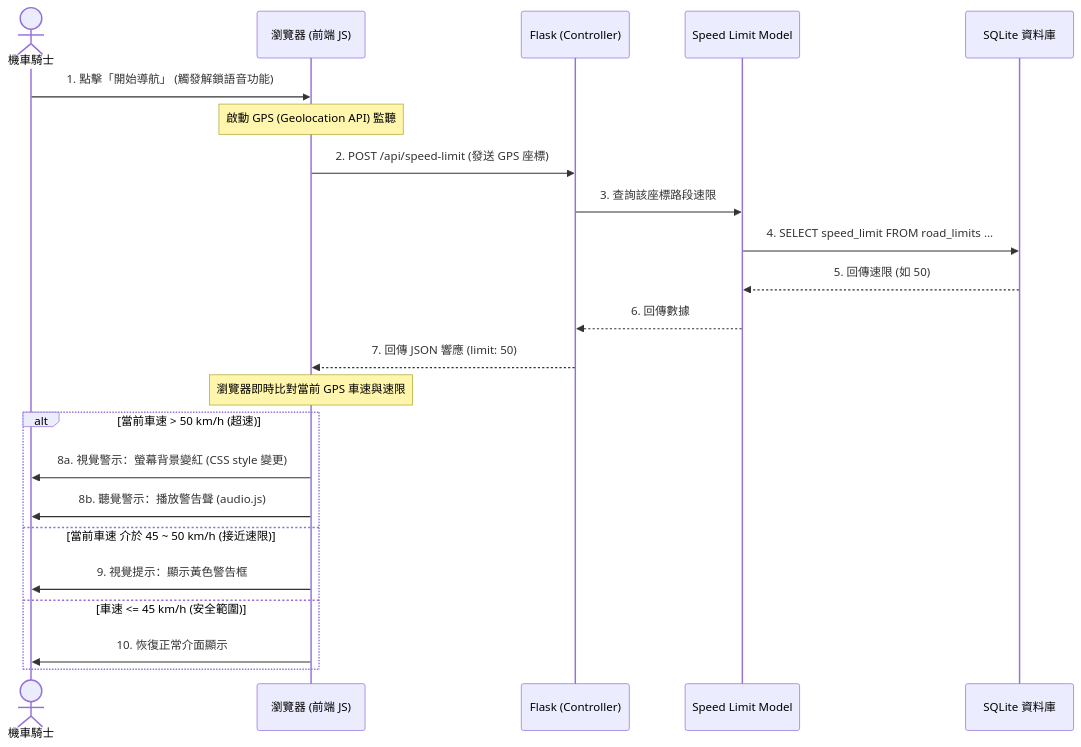
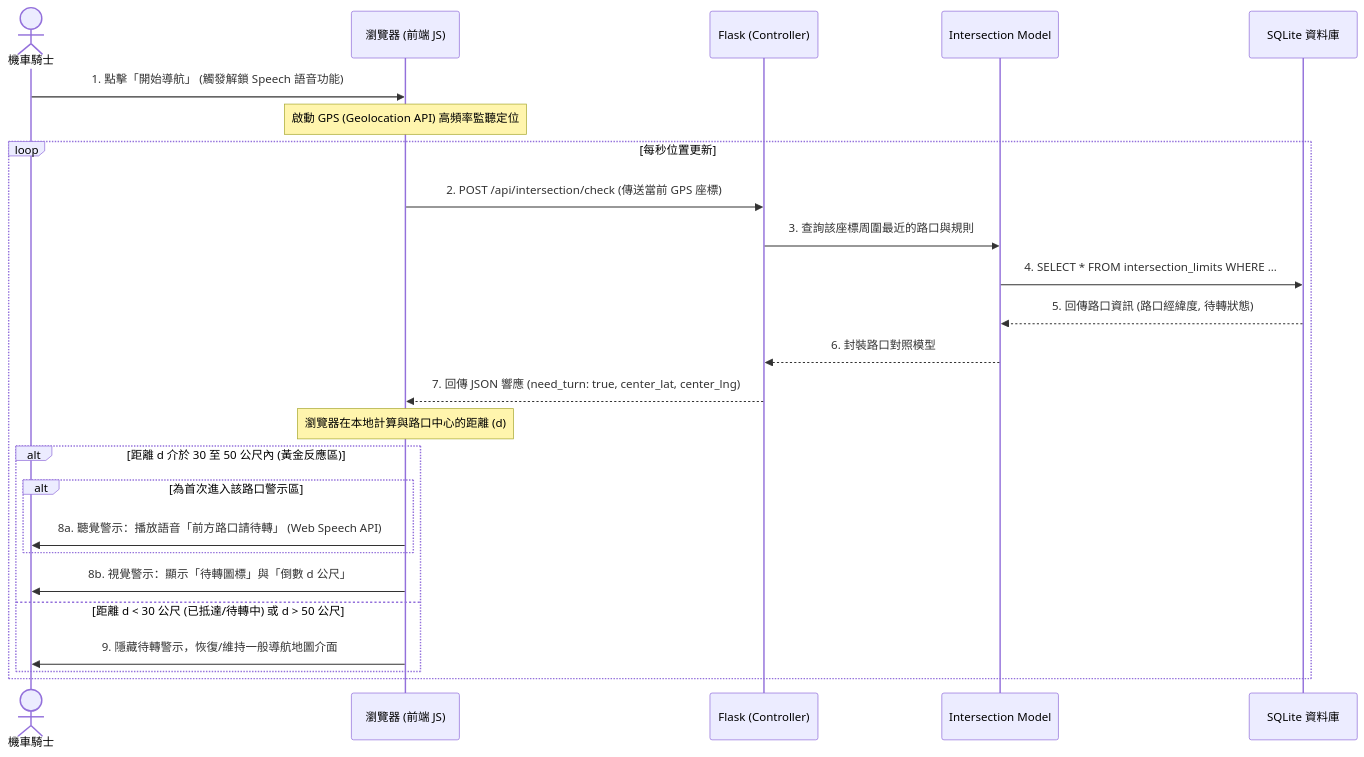
One commit to tela1111222-spec/googlemaps changed the second of 2 diagrams in docs/FLOWCHART.md. Above: the diagram before and after it, drawn with Mermaid. The commit also changed other lines of this file, not shown here.

Commit message:
docs: add user flowchart

````diff
--- a/docs/FLOWCHART.md
+++ b/docs/FLOWCHART.md
@@ -46,27 +49,31 @@
 ```mermaid
 sequenceDiagram
     actor User as 機車騎士
     participant Browser as 瀏覽器 (前端 JS)
     participant Flask as Flask (Controller)
-    participant Model as Speed Limit Model
+    participant Model as Intersection Model
     participant DB as SQLite 資料庫
 
-    User->>Browser: 1. 點擊「開始導航」 (觸發解鎖語音功能)
-    Note over Browser: 啟動 GPS (Geolocation API) 監聽
-    Browser->>Flask: 2. POST /api/speed-limit (發送 GPS 座標)
-    Flask->>Model: 3. 查詢該座標路段速限
-    Model->>DB: 4. SELECT speed_limit FROM road_limits ...
-    DB-->>Model: 5. 回傳速限 (如 50)
-    Model-->>Flask: 6. 回傳數據
-    Flask-->>Browser: 7. 回傳 JSON 響應 (limit: 50)
+    User->>Browser: 1. 點擊「開始導航」 (觸發解鎖 Speech 語音功能)
+    Note over Browser: 啟動 GPS (Geolocation API) 高頻率監聽定位
     
-    Note over Browser: 瀏覽器即時比對當前 GPS 車速與速限
-    alt 當前車速 > 50 km/h (超速)
-        Browser->>User: 8a. 視覺警示：螢幕背景變紅 (CSS style 變更)
-        Browser->>User: 8b. 聽覺警示：播放警告聲 (audio.js)
-    else 當前車速 介於 45 ~ 50 km/h (接近速限)
-        Browser->>User: 9. 視覺提示：顯示黃色警告框
-    else 車速 <= 45 km/h (安全範圍)
-        Browser->>User: 10. 恢復正常介面顯示
+    loop 每秒位置更新
+        Browser->>Flask: 2. POST /api/intersection/check (傳送當前 GPS 座標)
+        Flask->>Model: 3. 查詢該座標周圍最近的路口與規則
+        Model->>DB: 4. SELECT * FROM intersection_limits WHERE ...
+        DB-->>Model: 5. 回傳路口資訊 (路口經緯度, 待轉狀態)
+        Model-->>Flask: 6. 封裝路口對照模型
+        Flask-->>Browser: 7. 回傳 JSON 響應 (need_turn: true, center_lat, center_lng)
+        
+        Note over Browser: 瀏覽器在本地計算與路口中心的距離 (d)
+        
+        alt 距離 d 介於 30 至 50 公尺內 (黃金反應區)
+            alt 為首次進入該路口警示區
+                Browser->>User: 8a. 聽覺警示：播放語音「前方路口請待轉」 (Web Speech API)
+            end
+            Browser->>User: 8b. 視覺警示：顯示「待轉圖標」與「倒數 d 公尺」
+        else 距離 d < 30 公尺 (已抵達/待轉中) 或 d > 50 公尺
+            Browser->>User: 9. 隱藏待轉警示，恢復/維持一般導航地圖介面
+        end
     end
 ```
````
